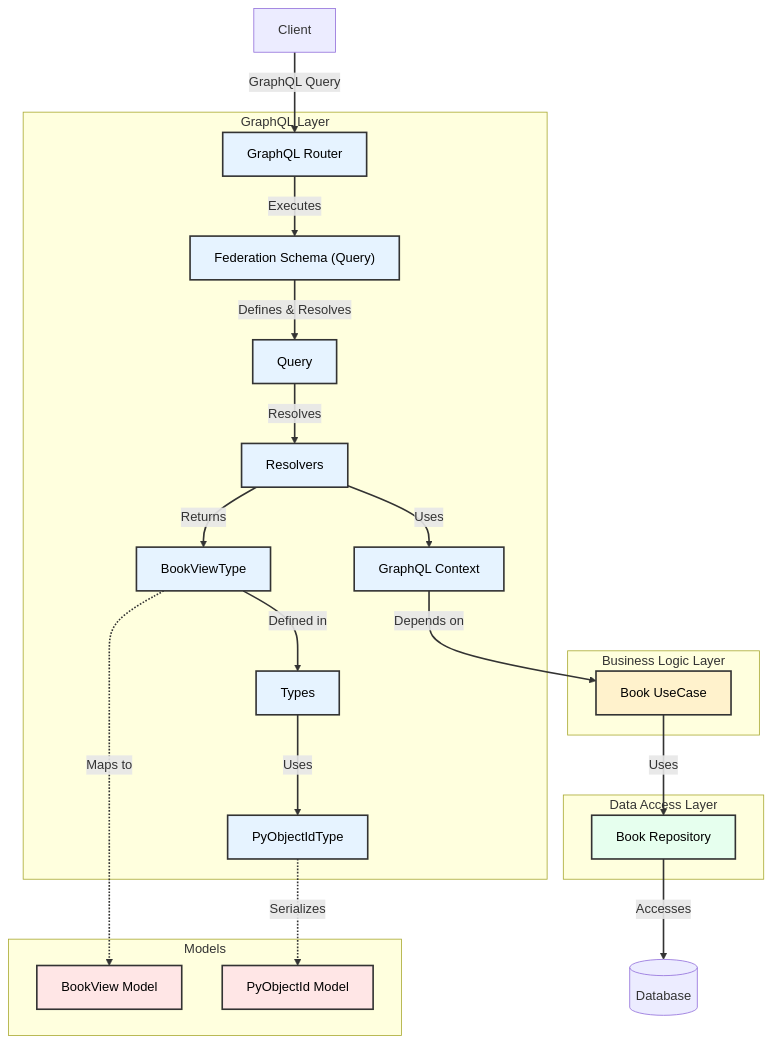
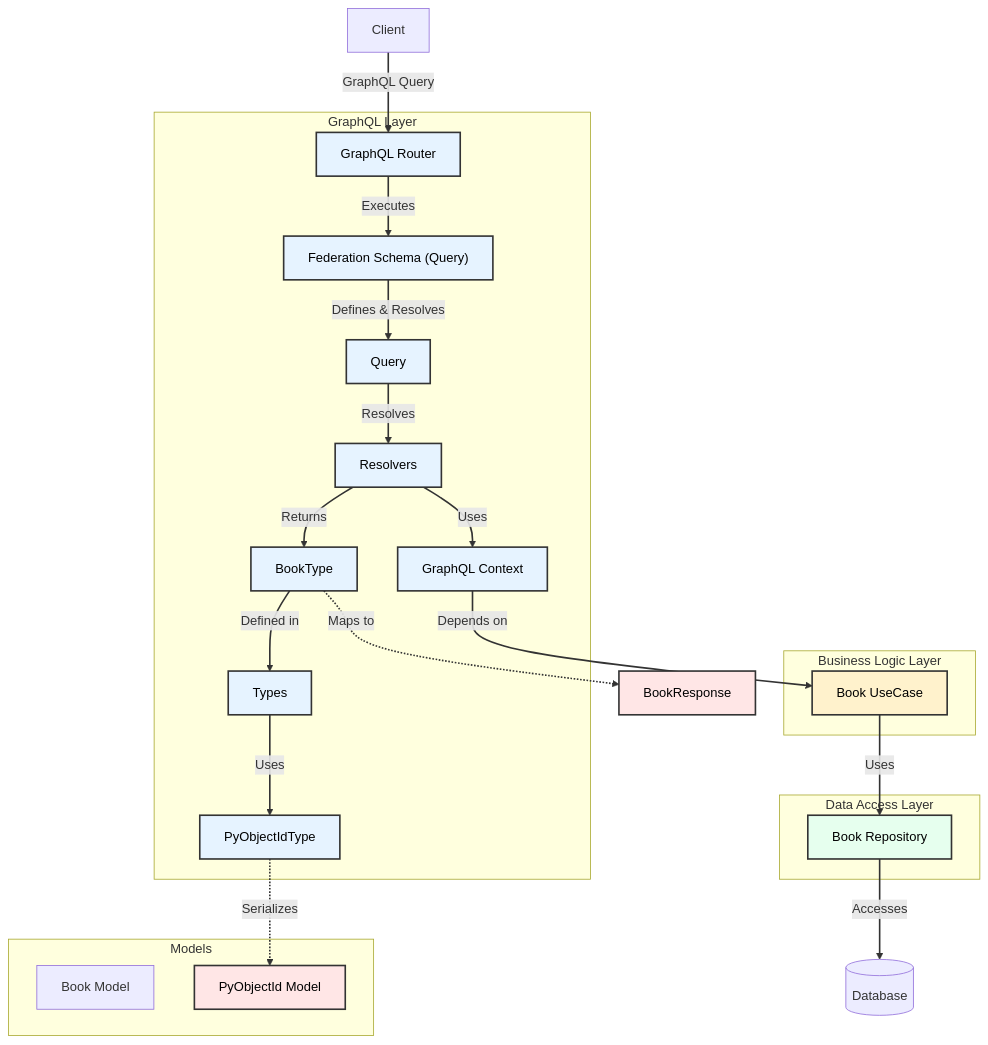
The diagram in README.md (riii111/fastapi-nuxt3-graphql-sample), drawn with Mermaid before and after one commit. The commit also changed other lines of this file and 11 other files, not shown here.

````diff
--- a/README.md
+++ b/README.md
@@ -14,54 +14,54 @@
 ```mermaid
 graph TD
     Client[Client] -->|GraphQL Query| Router[GraphQL Router]
     Router -->|Executes| Schema["Federation Schema (Query)"]
     Schema -->|Defines & Resolves| Query[Query]
     Query -->|Resolves| Resolvers[Resolvers]
     Resolvers -->|Uses| Context[GraphQL Context]
     Context -->|Depends on| BookUseCase[Book UseCase]
     BookUseCase -->|Uses| BookRepository[Book Repository]
     BookRepository -->|Accesses| Database[(Database)]
     
-    Resolvers -->|Returns| BookViewType[BookViewType]
-    BookViewType -->|Defined in| Types[Types]
+    Resolvers -->|Returns| BookType[BookType]
+    BookType -->|Defined in| Types[Types]
     Types -->|Uses| PyObjectIdType[PyObjectIdType]
     
     subgraph "GraphQL Layer"
         Router
         Schema
         Query
         Resolvers
         Context
-        BookViewType
+        BookType
         Types
         PyObjectIdType
     end
     
     subgraph "Business Logic Layer"
         BookUseCase
     end
     
     subgraph "Data Access Layer"
         BookRepository
     end
     
     subgraph "Models"
-        BookView[BookView Model]
+        Book[Book Model]
         PyObjectId[PyObjectId Model]
     end
     
-    BookViewType -.->|Maps to| BookView
+    BookType -.->|Maps to| BookResponse
     PyObjectIdType -.->|Serializes| PyObjectId
     
     classDef graphql fill:#e6f3ff,stroke:#333,stroke-width:2px,color:#000;
     classDef business fill:#fff2cc,stroke:#333,stroke-width:2px,color:#000;
     classDef data fill:#e6ffee,stroke:#333,stroke-width:2px,color:#000;
     classDef model fill:#ffe6e6,stroke:#333,stroke-width:2px,color:#000;
     
-    class Router,Schema,Query,Resolvers,Context,BookViewType,Types,PyObjectIdType graphql;
+    class Router,Schema,Query,Resolvers,Context,BookType,Types,PyObjectIdType graphql;
     class BookUseCase business;
     class BookRepository data;
-    class BookView,PyObjectId model;
+    class BookResponse,PyObjectId model;
 
     linkStyle default fill:none,stroke:#333,stroke-width:2px;
 ```
````
